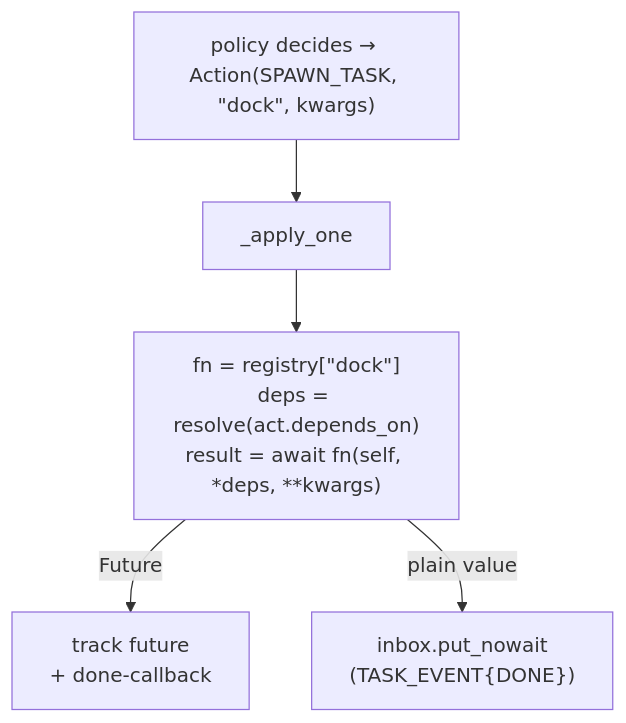
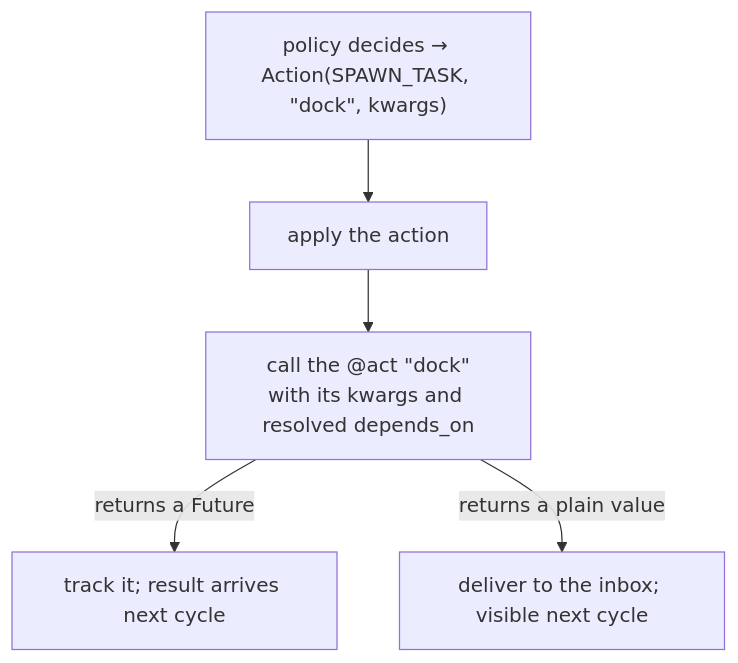
The second of 2 diagrams in docs/concepts/the-cycle.mdx (radical-cybertools/radical.adr), drawn with Mermaid before and after one commit. The commit also changed other lines of this file and 18 other files, not shown here.

````diff
--- a/docs/concepts/the-cycle.mdx
+++ b/docs/concepts/the-cycle.mdx
@@ -63,7 +62,7 @@
 ```mermaid
 flowchart TB
-    P["policy decides → Action(SPAWN_TASK, &quot;dock&quot;, kwargs)"] --> AO["_apply_one"]
-    AO --> R["fn = registry[&quot;dock&quot;]<br/>deps = resolve(act.depends_on)<br/>result = await fn(self, *deps, **kwargs)"]
-    R -->|Future| F["track future<br/>+ done-callback"]
-    R -->|plain value| V["inbox.put_nowait<br/>(TASK_EVENT{DONE})"]
+    P["policy decides → Action(SPAWN_TASK, &quot;dock&quot;, kwargs)"] --> AO["apply the action"]
+    AO --> R["call the @act &quot;dock&quot;<br/>with its kwargs and resolved depends_on"]
+    R -->|returns a Future| F["track it; result arrives next cycle"]
+    R -->|returns a plain value| V["deliver to the inbox; visible next cycle"]
 ```
````
